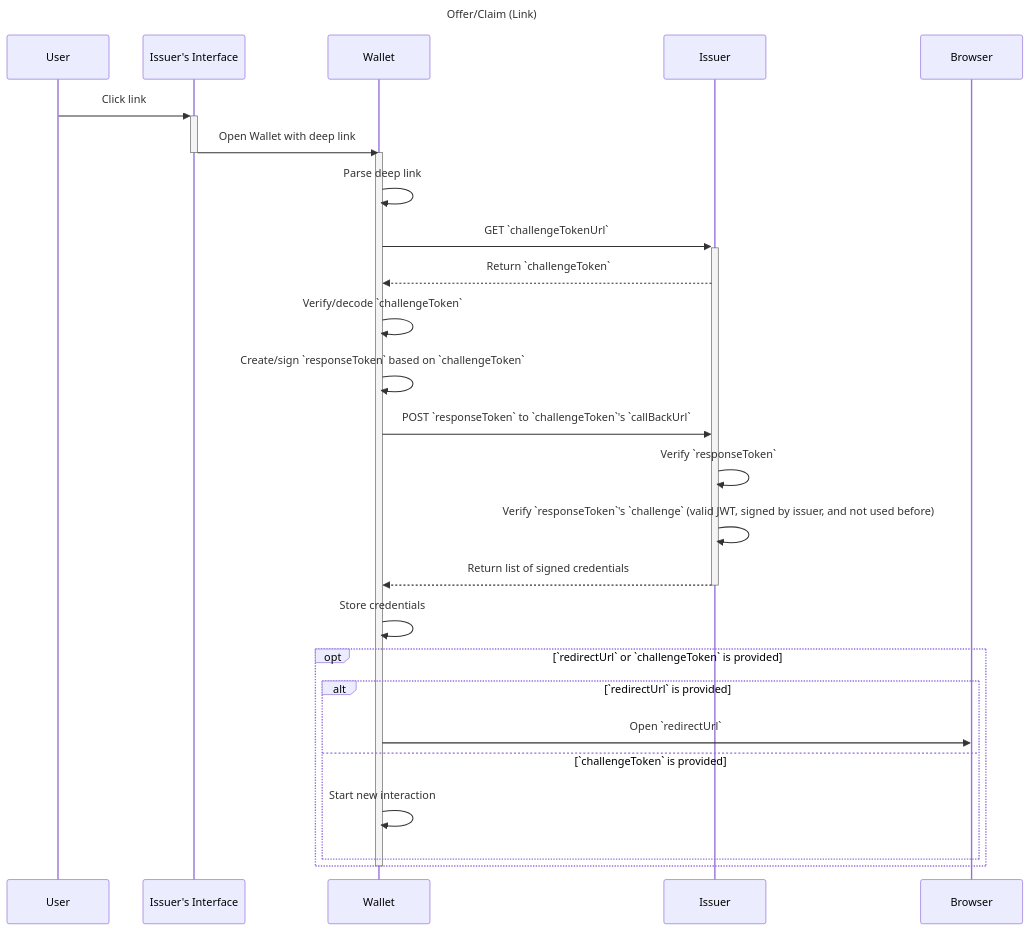
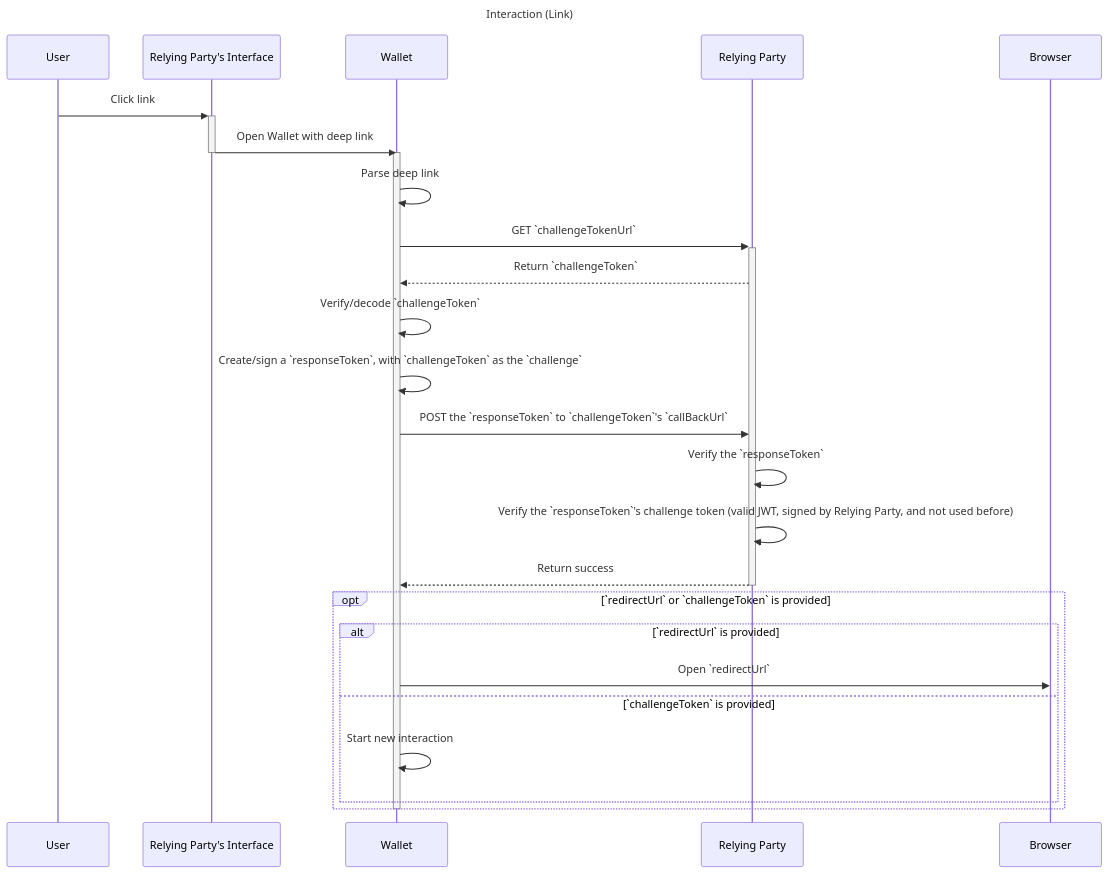
Before and after one commit to decentralized-identity/waci-presentation-exchange: the second of 6 diagrams in spec/spec.md, drawn with Mermaid. The commit also changed other lines of this file and 31 other files, not shown here.

````diff
--- a/spec/spec.md
+++ b/spec/spec.md
@@ -330,35 +220,33 @@
 ```mermaid
 sequenceDiagram
-  title: Offer/Claim (Link)
+  title: Interaction (Link)
 
-  User ->>+ Issuer's Interface: Click link
+  User ->>+ Relying Party's Interface: Click link
 
-  Issuer's Interface ->>- Wallet: Open Wallet with deep link
+  Relying Party's Interface ->>- Wallet: Open Wallet with deep link
 
   activate Wallet
 
   Wallet ->> Wallet: Parse deep link
 
-  Wallet ->>+ Issuer: GET `challengeTokenUrl`
-  Issuer -->> Wallet: Return `challengeToken`
+  Wallet ->>+ Relying Party: GET `challengeTokenUrl`
+  Relying Party -->> Wallet: Return `challengeToken`
 
   Wallet ->> Wallet: Verify/decode `challengeToken`
-  Wallet ->> Wallet: Create/sign `responseToken` based on `challengeToken`
+  Wallet ->> Wallet: Create/sign a `responseToken`, with `challengeToken` as the `challenge`
 
-  Wallet ->> Issuer: POST `responseToken` to `challengeToken`'s `callBackUrl`
-  Issuer ->> Issuer: Verify `responseToken`
-  Issuer ->> Issuer: Verify `responseToken`'s `challenge` (valid JWT, signed by issuer, and not used before)
-  Issuer -->>- Wallet: Return list of signed credentials
-
-  Wallet ->> Wallet: Store credentials
+  Wallet ->> Relying Party: POST the `responseToken` to `challengeToken`'s `callBackUrl`
+  Relying Party ->> Relying Party: Verify the `responseToken`
+  Relying Party ->> Relying Party: Verify the `responseToken`'s challenge token (valid JWT, signed by Relying Party, and not used before)
+  Relying Party -->>- Wallet: Return success
 
   opt `redirectUrl` or `challengeToken` is provided
     alt `redirectUrl` is provided
       Wallet ->> Browser: Open `redirectUrl`
     else `challengeToken` is provided
       Wallet ->> Wallet: Start new interaction
     end
   end
 
   deactivate Wallet
 ```
````
